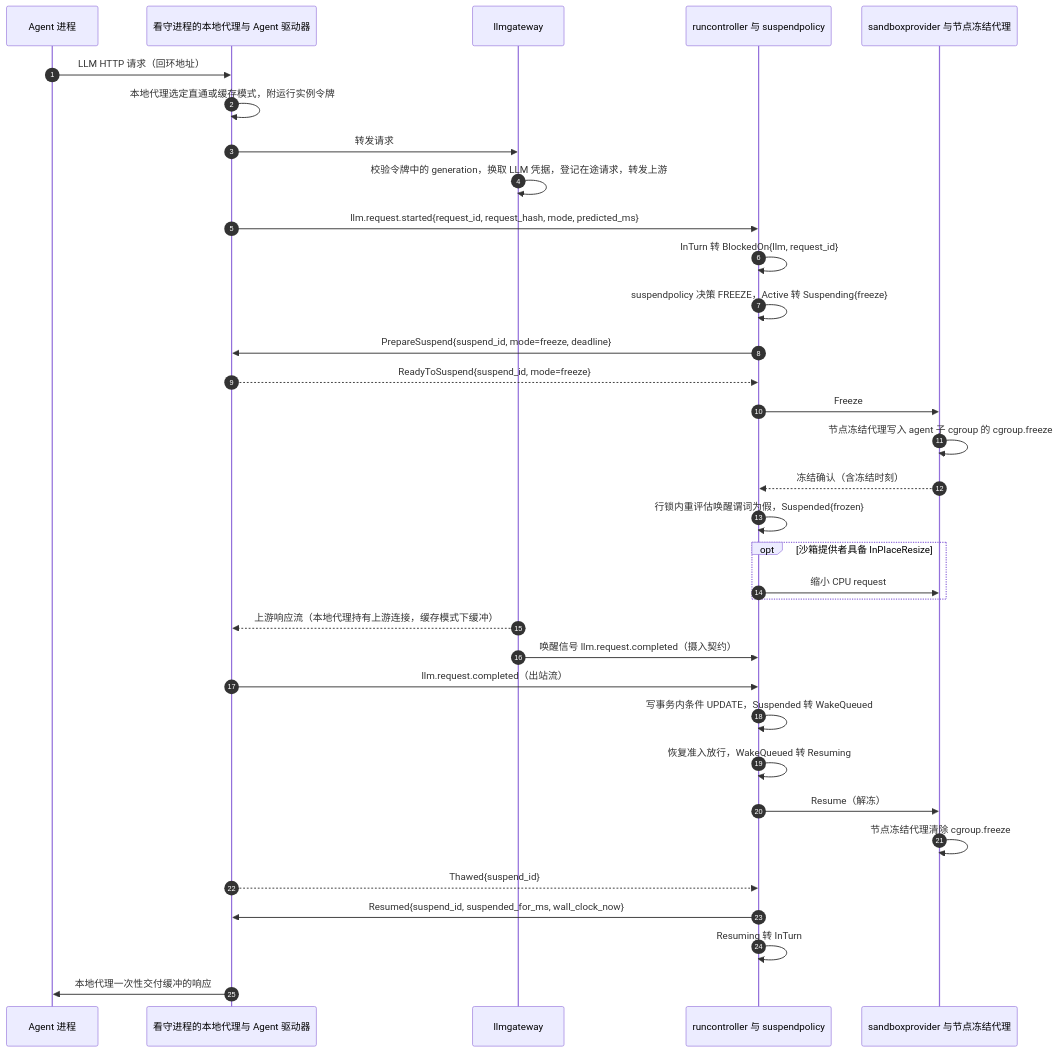
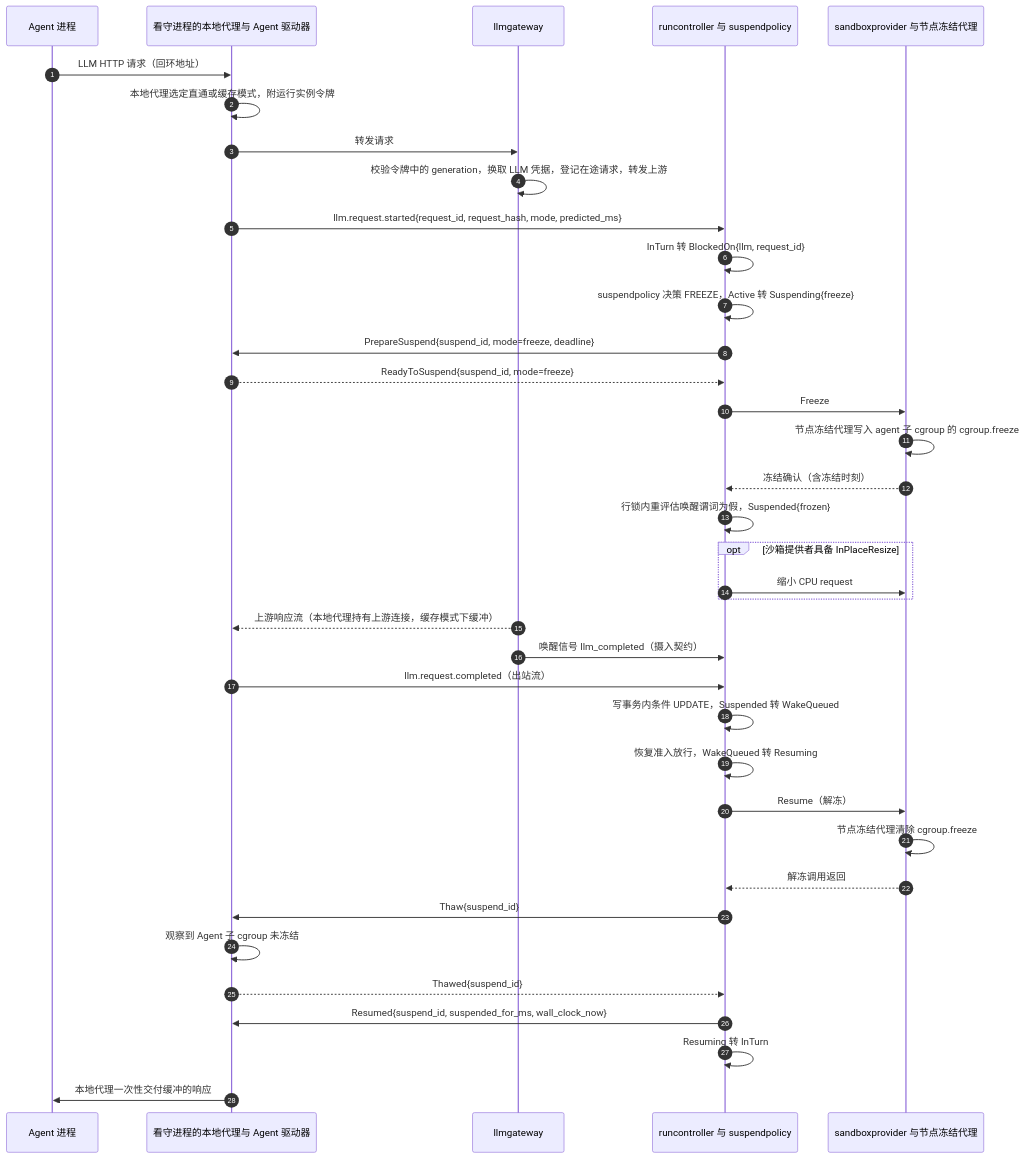
The fourth of 7 diagrams in docs/design/architecture.md (wangzw/castworks), drawn with Mermaid before and after one commit. The commit also changed other lines of this file and 6 other files, not shown here.

````diff
--- a/docs/design/architecture.md
+++ b/docs/design/architecture.md
@@ -275,36 +277,39 @@
 ```mermaid
 sequenceDiagram
     autonumber
     participant A as Agent 进程
     participant W as 看守进程的本地代理与 Agent 驱动器
     participant G as llmgateway
     participant R as runcontroller 与 suspendpolicy
     participant P as sandboxprovider 与节点冻结代理
     A->>W: LLM HTTP 请求（回环地址）
     W->>W: 本地代理选定直通或缓存模式，附运行实例令牌
     W->>G: 转发请求
     G->>G: 校验令牌中的 generation，换取 LLM 凭据，登记在途请求，转发上游
     W->>R: llm.request.started{request_id, request_hash, mode, predicted_ms}
     R->>R: InTurn 转 BlockedOn{llm, request_id}
     R->>R: suspendpolicy 决策 FREEZE，Active 转 Suspending{freeze}
     R->>W: PrepareSuspend{suspend_id, mode=freeze, deadline}
     W-->>R: ReadyToSuspend{suspend_id, mode=freeze}
     R->>P: Freeze
     P->>P: 节点冻结代理写入 agent 子 cgroup 的 cgroup.freeze
     P-->>R: 冻结确认（含冻结时刻）
     R->>R: 行锁内重评估唤醒谓词为假，Suspended{frozen}
     opt 沙箱提供者具备 InPlaceResize
         R->>P: 缩小 CPU request
     end
     G-->>W: 上游响应流（本地代理持有上游连接，缓存模式下缓冲）
-    G->>R: 唤醒信号 llm.request.completed（摄入契约）
+    G->>R: 唤醒信号 llm_completed（摄入契约）
     W->>R: llm.request.completed（出站流）
     R->>R: 写事务内条件 UPDATE，Suspended 转 WakeQueued
     R->>R: 恢复准入放行，WakeQueued 转 Resuming
     R->>P: Resume（解冻）
     P->>P: 节点冻结代理清除 cgroup.freeze
+    P-->>R: 解冻调用返回
+    R->>W: Thaw{suspend_id}
+    W->>W: 观察到 Agent 子 cgroup 未冻结
     W-->>R: Thawed{suspend_id}
     R->>W: Resumed{suspend_id, suspended_for_ms, wall_clock_now}
     R->>R: Resuming 转 InTurn
     W->>A: 本地代理一次性交付缓冲的响应
 ```
````
